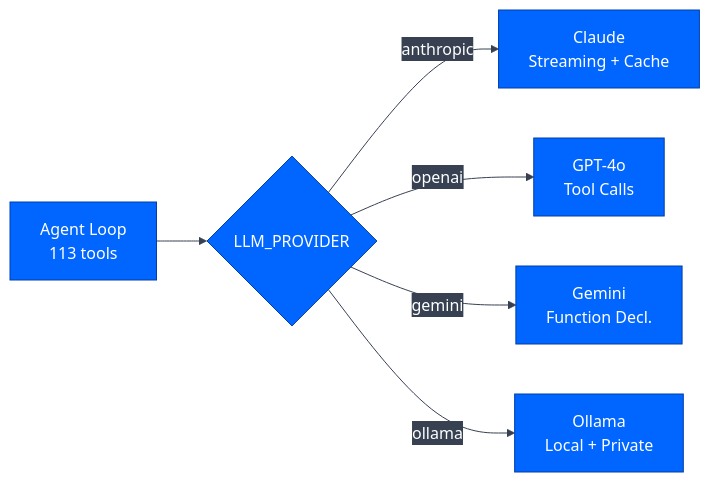
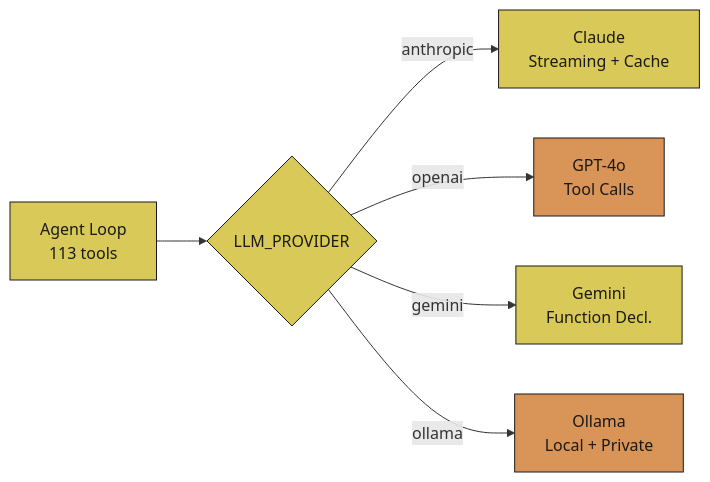
One commit to JosephOIbrahim/Comfy-Cozy changed the fourth of 27 diagrams in README.md. Above: the diagram before and after it, drawn with Mermaid. The commit also changed other lines of this file and 38 other files, not shown here.

````diff
--- a/README.md
+++ b/README.md
@@ -280,9 +301,13 @@
 ```mermaid
-%%{init: {'theme':'base','themeVariables': {'primaryColor':'#0066FF','primaryTextColor':'#ffffff','primaryBorderColor':'#003eaa','lineColor':'#374151','secondaryColor':'#374151','tertiaryColor':'#1f2937','fontFamily':'monospace'}}}%%
 graph LR
     Agent[Agent Loop<br/>113 tools] --> LLM{LLM_PROVIDER}
     LLM -->|anthropic| A["Claude<br/>Streaming + Cache"]
     LLM -->|openai| B["GPT-4o<br/>Tool Calls"]
     LLM -->|gemini| C["Gemini<br/>Function Decl."]
     LLM -->|ollama| D["Ollama<br/>Local + Private"]
+
+    classDef orange fill:#d99458,color:#1a1a1a,stroke:#1a1a1a
+    classDef yellow fill:#d9c958,color:#1a1a1a,stroke:#1a1a1a
+    class B,D orange
+    class Agent,A,C,LLM yellow
 ```
````
